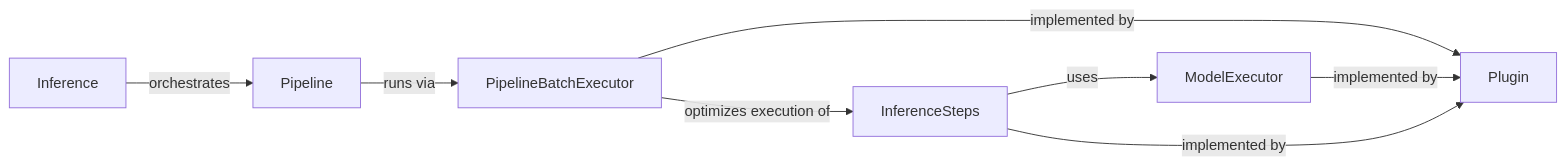
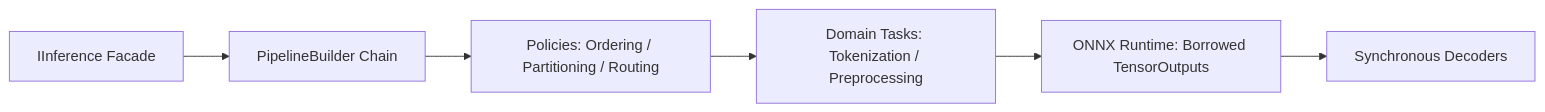
Before and after one commit to tjwald/FAI: the diagram in docs/high-level-design.md, drawn with Mermaid. The commit also changed other lines of this file and 144 other files, not shown here.

First line of the commit message:
Feature/finite pipeline steps (#30)

````diff
--- a/docs/high-level-design.md
+++ b/docs/high-level-design.md
@@ -3,18 +5,15 @@
 ```mermaid
 graph LR
-  Pipeline[Pipeline]
-  PipelineBatchExecutor[PipelineBatchExecutor]
-  InferenceSteps[InferenceSteps]
-  ModelExecutor[ModelExecutor]
-  Inference[Inference]
-  Plugin[Plugin]
+  Inference[IInference Facade]
+  Builder[PipelineBuilder Chain]
+  Policy[Policies: Ordering / Partitioning / Routing]
+  Domain[Domain Tasks: Tokenization / Preprocessing]
+  Runtime[ONNX Runtime: Borrowed TensorOutputs]
+  Decode[Synchronous Decoders]
 
-  Inference -- orchestrates --> Pipeline
-  Pipeline -- runs via --> PipelineBatchExecutor
-  PipelineBatchExecutor -- optimizes execution of --> InferenceSteps
-  InferenceSteps -- uses --> ModelExecutor
-
-  PipelineBatchExecutor -- implemented by --> Plugin
-  ModelExecutor -- implemented by --> Plugin
-  InferenceSteps -- implemented by --> Plugin
+  Inference --> Builder
+  Builder --> Policy
+  Policy --> Domain
+  Domain --> Runtime
+  Runtime --> Decode
 ```
````
